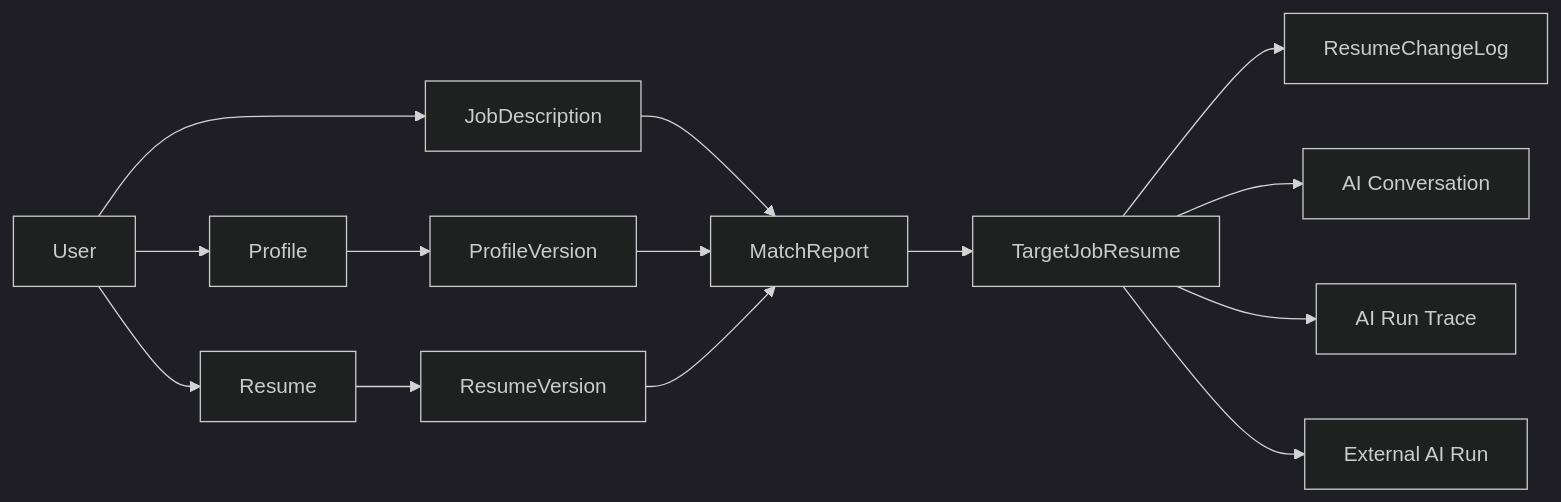
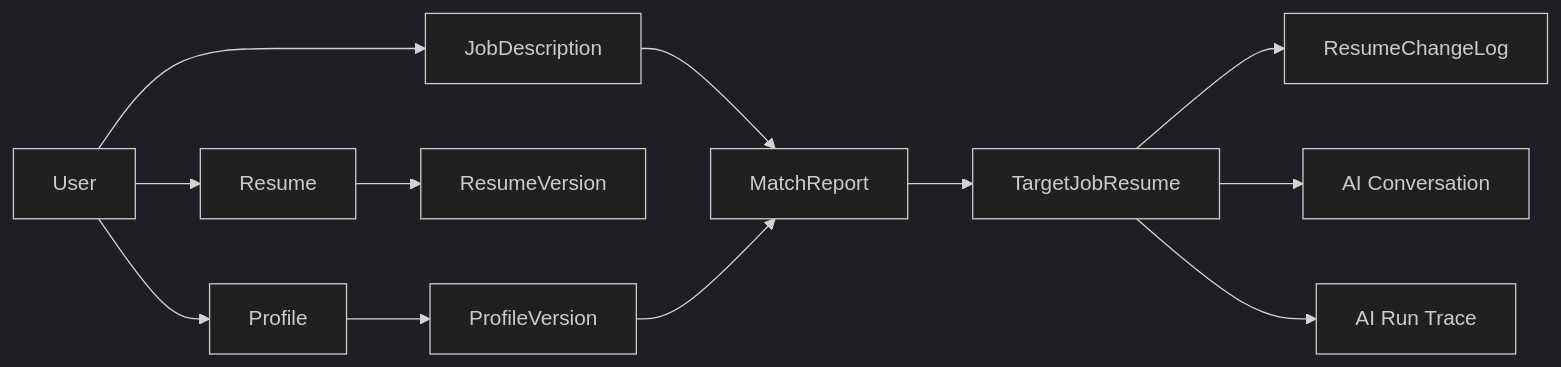
One commit to baishiup/career-workbench changed the first of 2 diagrams in docs/product.md. Above: the diagram before and after it, drawn with Mermaid (dark theme). The commit also changed other lines of this file and 95 other files, not shown here.

````diff
--- a/docs/product.md
+++ b/docs/product.md
@@ -29,16 +29,14 @@
 ```mermaid
 flowchart LR
   U["User"] --> P["Profile"]
   P --> PV["ProfileVersion"]
   U --> R["Resume"]
   R --> RV["ResumeVersion"]
   U --> J["JobDescription"]
   J --> MR["MatchReport"]
   PV --> MR
-  RV --> MR
   MR --> TR["TargetJobResume"]
   TR --> CL["ResumeChangeLog"]
   TR --> AC["AI Conversation"]
   TR --> AR["AI Run Trace"]
-  TR --> ER["External AI Run"]
 ```
````
